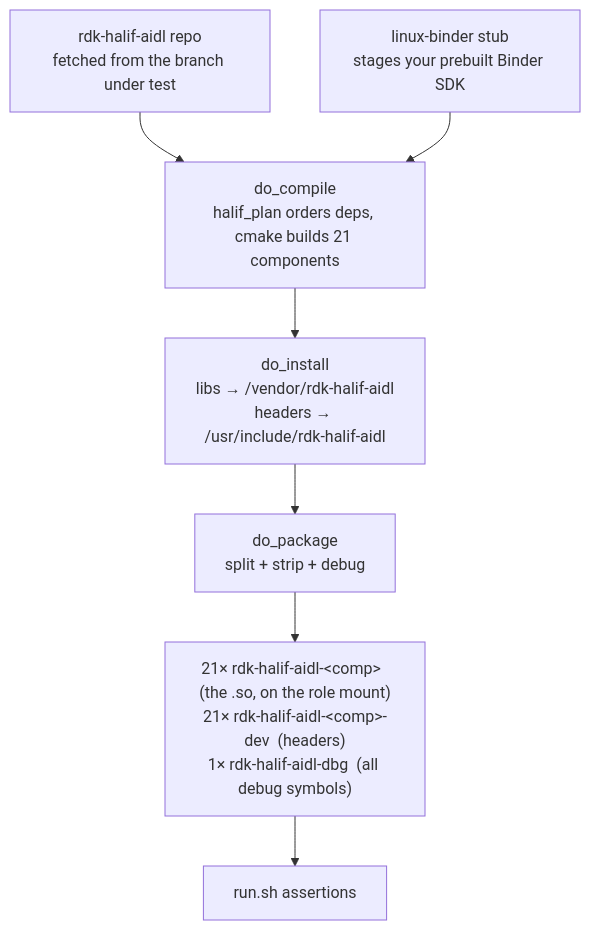
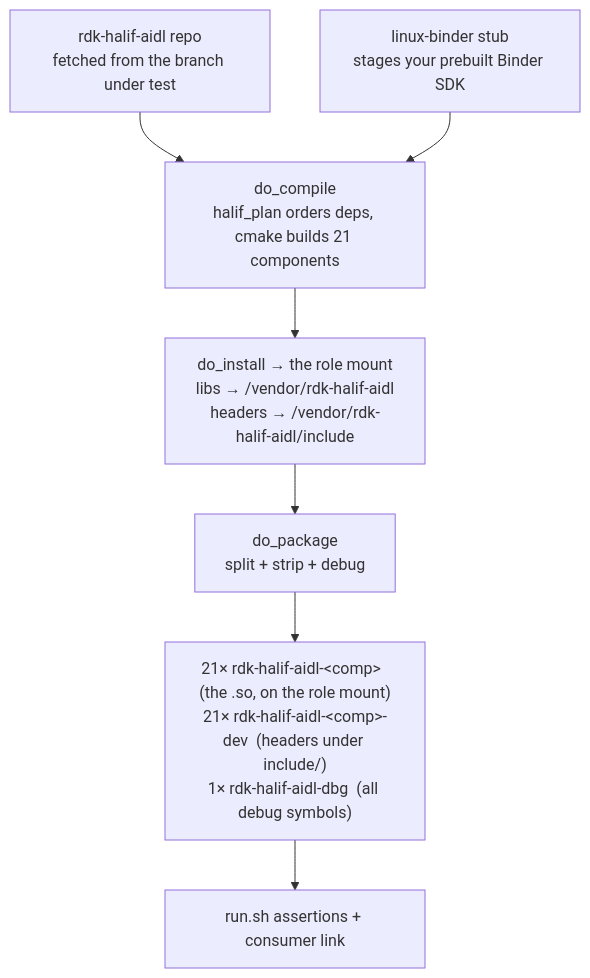
The third of 3 diagrams in tests/yocto/bitbake/README.md (rdkcentral/rdk-halif-aidl), drawn with Mermaid before and after one commit. The commit also changed other lines of this file and 14 other files, not shown here.

````diff
--- a/tests/yocto/bitbake/README.md
+++ b/tests/yocto/bitbake/README.md
@@ -56,9 +56,9 @@
 ```mermaid
 flowchart TD
     SRC["rdk-halif-aidl repo<br/>fetched from the branch under test"] --> CMP
     STUB["linux-binder stub<br/>stages your prebuilt Binder SDK"] --> CMP
     CMP["do_compile<br/>halif_plan orders deps, cmake builds 21 components"] --> INST
-    INST["do_install<br/>libs → /vendor/rdk-halif-aidl<br/>headers → /usr/include/rdk-halif-aidl"] --> PKG
+    INST["do_install → the role mount<br/>libs → /vendor/rdk-halif-aidl<br/>headers → /vendor/rdk-halif-aidl/include"] --> PKG
     PKG["do_package<br/>split + strip + debug"] --> OUT
-    OUT["21× rdk-halif-aidl-&lt;comp&gt;  (the .so, on the role mount)<br/>21× rdk-halif-aidl-&lt;comp&gt;-dev  (headers)<br/>1× rdk-halif-aidl-dbg  (all debug symbols)"] --> AS["run.sh assertions"]
+    OUT["21× rdk-halif-aidl-&lt;comp&gt;  (the .so, on the role mount)<br/>21× rdk-halif-aidl-&lt;comp&gt;-dev  (headers under include/)<br/>1× rdk-halif-aidl-dbg  (all debug symbols)"] --> AS["run.sh assertions + consumer link"]
 ```
````
